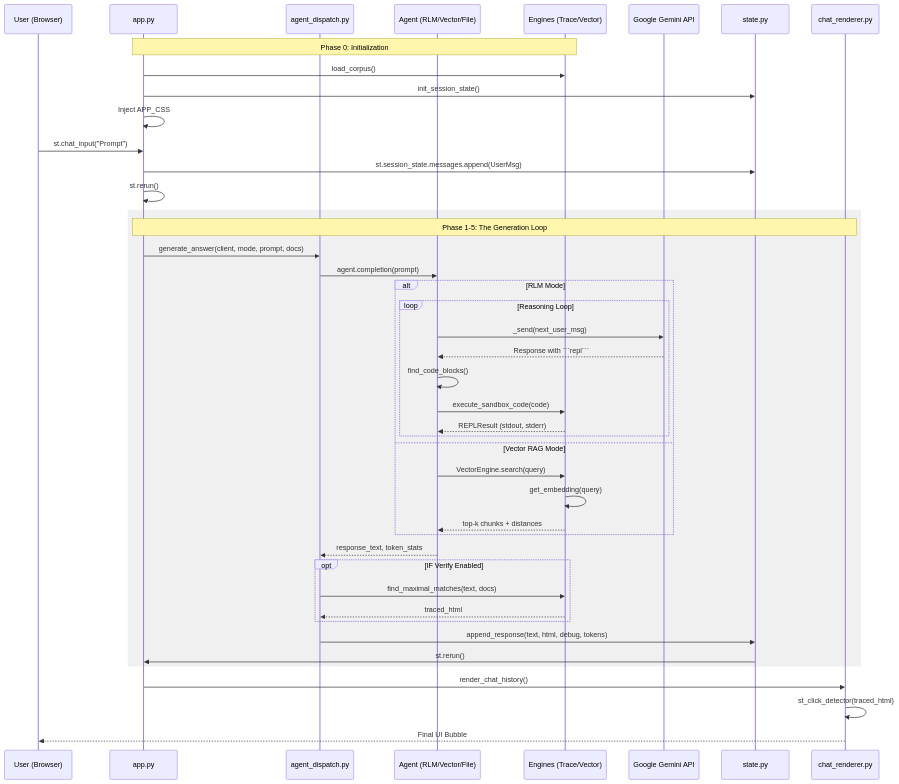
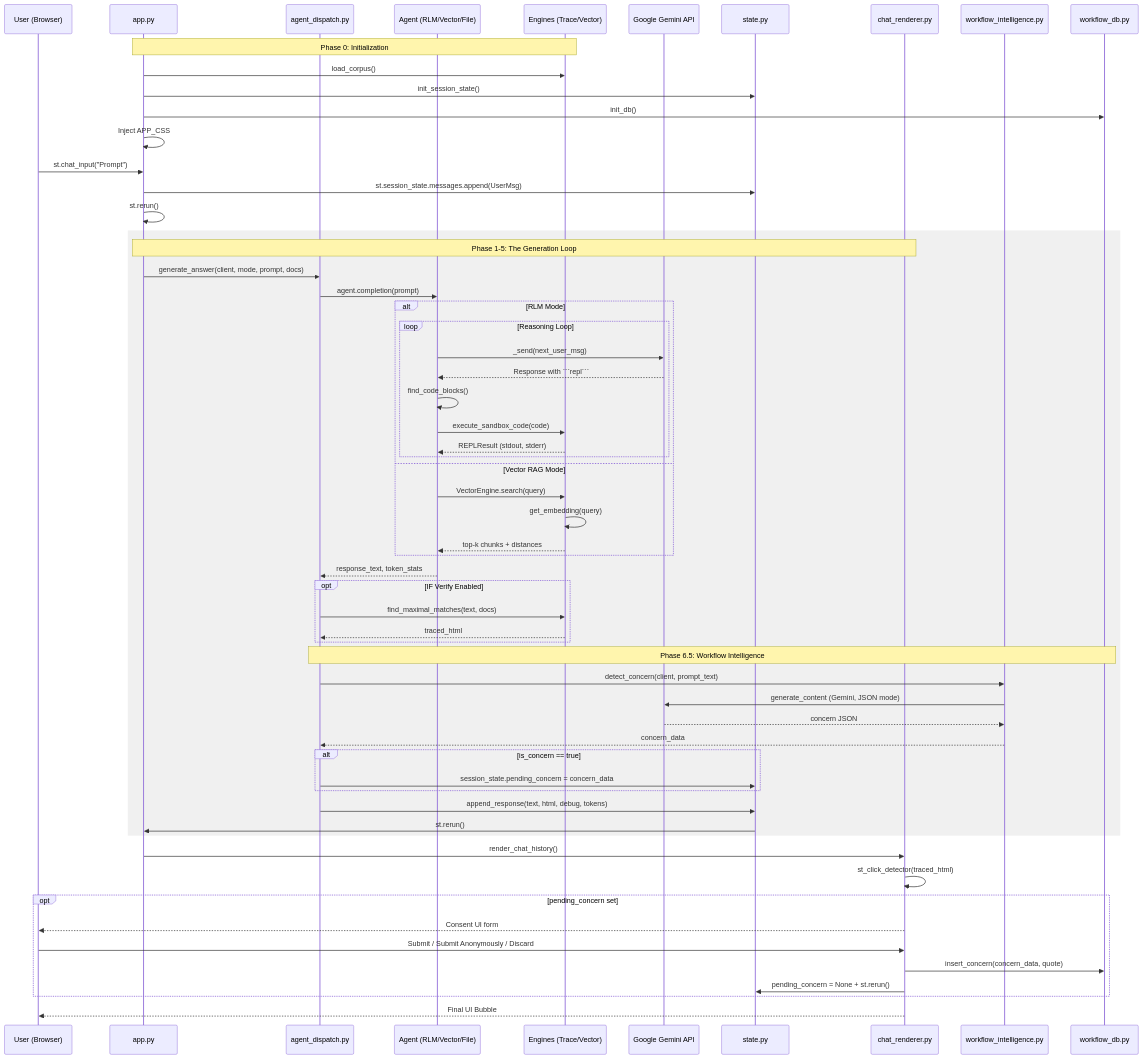
One commit to knguyen2000/portfolio changed the diagram in docs/CODE_FLOW.md. Above: the diagram before and after it, drawn with Mermaid. The commit also changed other lines of this file and 15 other files, not shown here.

````diff
--- a/docs/CODE_FLOW.md
+++ b/docs/CODE_FLOW.md
@@ -9,54 +9,72 @@
 ```mermaid
 sequenceDiagram
     participant U as User (Browser)
     participant A as app.py
     participant D as agent_dispatch.py
     participant AG as Agent (RLM/Vector/File)
     participant E as Engines (Trace/Vector)
     participant G as Google Gemini API
     participant S as state.py
     participant R as chat_renderer.py
+    participant WI as workflow_intelligence.py
+    participant WDB as workflow_db.py
 
     Note over A,E: Phase 0: Initialization
     A->>E: load_corpus()
     A->>S: init_session_state()
+    A->>WDB: init_db()
     A->>A: Inject APP_CSS
     
     U->>A: st.chat_input("Prompt")
     A->>S: st.session_state.messages.append(UserMsg)
     A->>A: st.rerun()
     
     rect rgb(240, 240, 240)
         Note over A,R: Phase 1-5: The Generation Loop
         A->>D: generate_answer(client, mode, prompt, docs)
         D->>AG: agent.completion(prompt)
         
         alt RLM Mode
             loop Reasoning Loop
                 AG->>G: _send(next_user_msg)
                 G-->>AG: Response with ```repl```
                 AG->>AG: find_code_blocks()
                 AG->>E: execute_sandbox_code(code)
                 E-->>AG: REPLResult (stdout, stderr)
             end
         else Vector RAG Mode
             AG->>E: VectorEngine.search(query)
             E->>E: get_embedding(query)
             E-->>AG: top-k chunks + distances
         end
         
         AG-->>D: response_text, token_stats
         
         opt IF Verify Enabled
             D->>E: find_maximal_matches(text, docs)
             E-->>D: traced_html
         end
+
+        Note over D,WDB: Phase 6.5: Workflow Intelligence
+        D->>WI: detect_concern(client, prompt_text)
+        WI->>G: generate_content (Gemini, JSON mode)
+        G-->>WI: concern JSON
+        WI-->>D: concern_data
+        alt is_concern == true
+            D->>S: session_state.pending_concern = concern_data
+        end
         
         D->>S: append_response(text, html, debug, tokens)
         S->>A: st.rerun()
     end
 
     A->>R: render_chat_history()
     R->>R: st_click_detector(traced_html)
+    opt pending_concern set
+        R-->>U: Consent UI form
+        U->>R: Submit / Submit Anonymously / Discard
+        R->>WDB: insert_concern(concern_data, quote)
+        R->>S: pending_concern = None + st.rerun()
+    end
     R-->>U: Final UI Bubble
 ```
````
